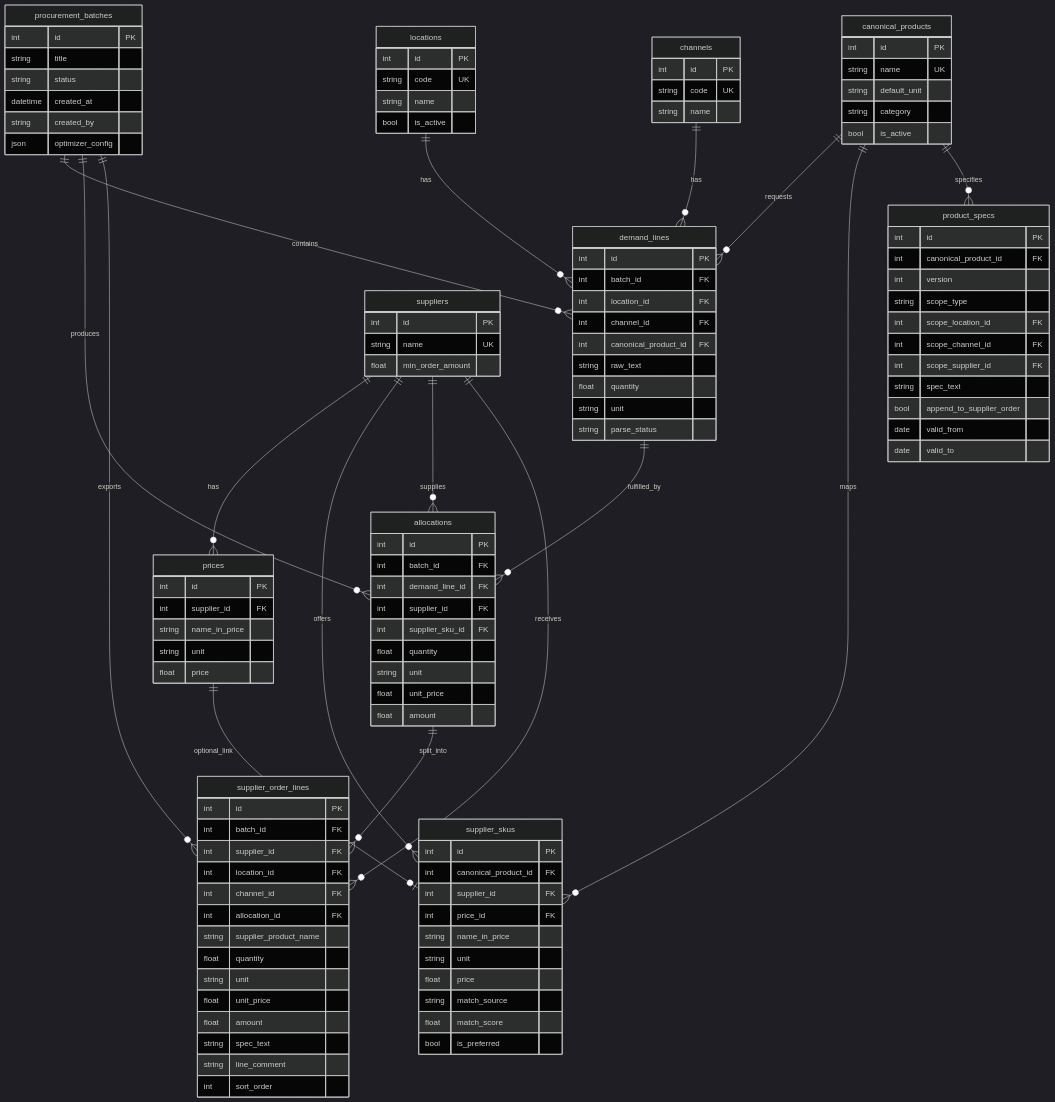
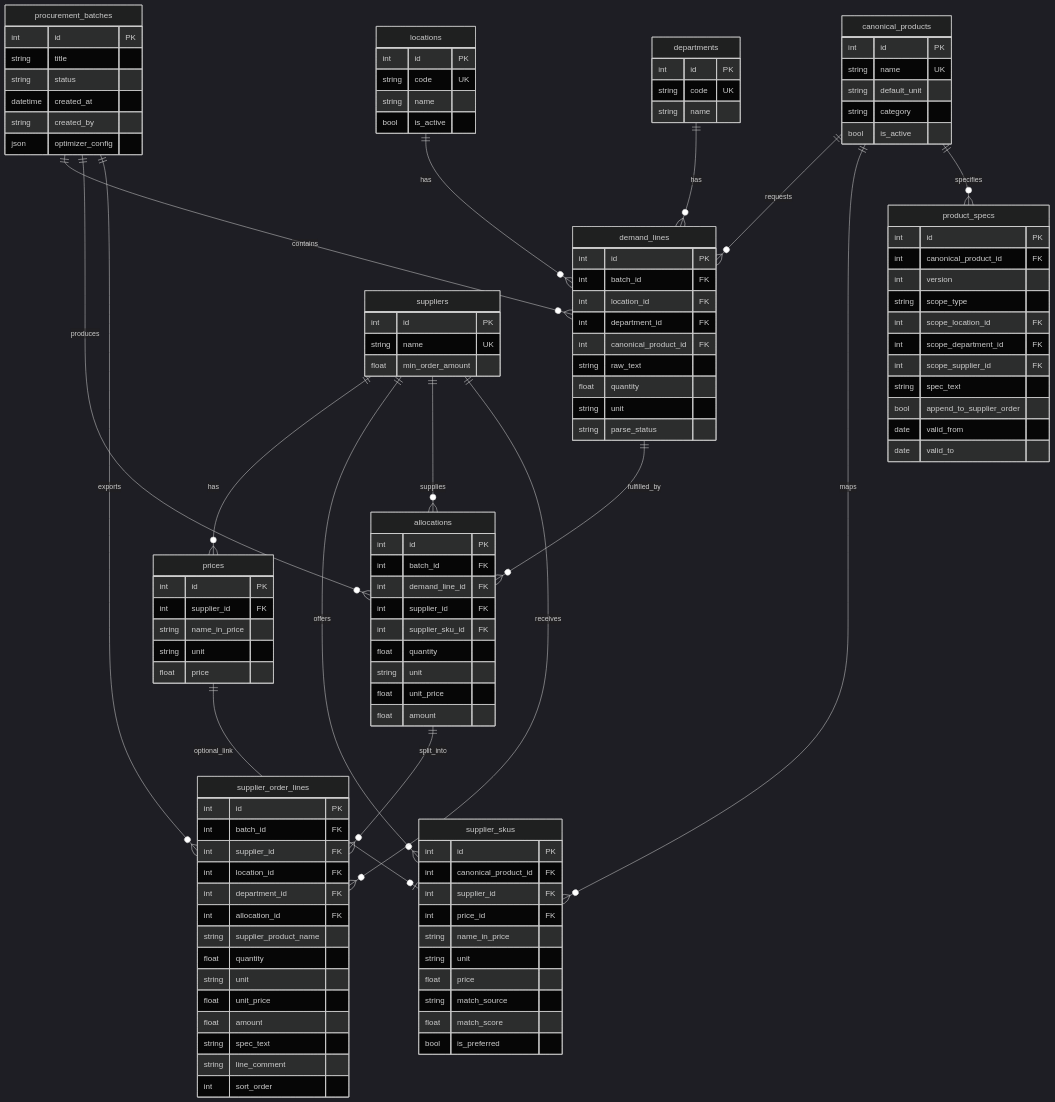
The first of 2 diagrams in docs/variant-b-schema-and-screens.md (sachachugun/tutuorders), drawn with Mermaid (dark theme) before and after one commit. The commit also changed other lines of this file and 44 other files, not shown here.

````diff
--- a/docs/variant-b-schema-and-screens.md
+++ b/docs/variant-b-schema-and-screens.md
@@ -21,7 +21,7 @@
 ```mermaid
 erDiagram
   locations ||--o{ demand_lines : has
-  channels ||--o{ demand_lines : has
+  departments ||--o{ demand_lines : has
   procurement_batches ||--o{ demand_lines : contains
   procurement_batches ||--o{ allocations : produces
   procurement_batches ||--o{ supplier_order_lines : exports
@@ -46,7 +46,7 @@
     bool is_active
   }
 
-  channels {
+  departments {
     int id PK
     string code UK
     string name
@@ -93,7 +93,7 @@
     int version
     string scope_type
     int scope_location_id FK
-    int scope_channel_id FK
+    int scope_department_id FK
     int scope_supplier_id FK
     string spec_text
     bool append_to_supplier_order
@@ -114,7 +114,7 @@
     int id PK
     int batch_id FK
     int location_id FK
-    int channel_id FK
+    int department_id FK
     int canonical_product_id FK
     string raw_text
     float quantity
@@ -139,7 +139,7 @@
     int batch_id FK
     int supplier_id FK
     int location_id FK
-    int channel_id FK
+    int department_id FK
     int allocation_id FK
     string supplier_product_name
     float quantity
````
